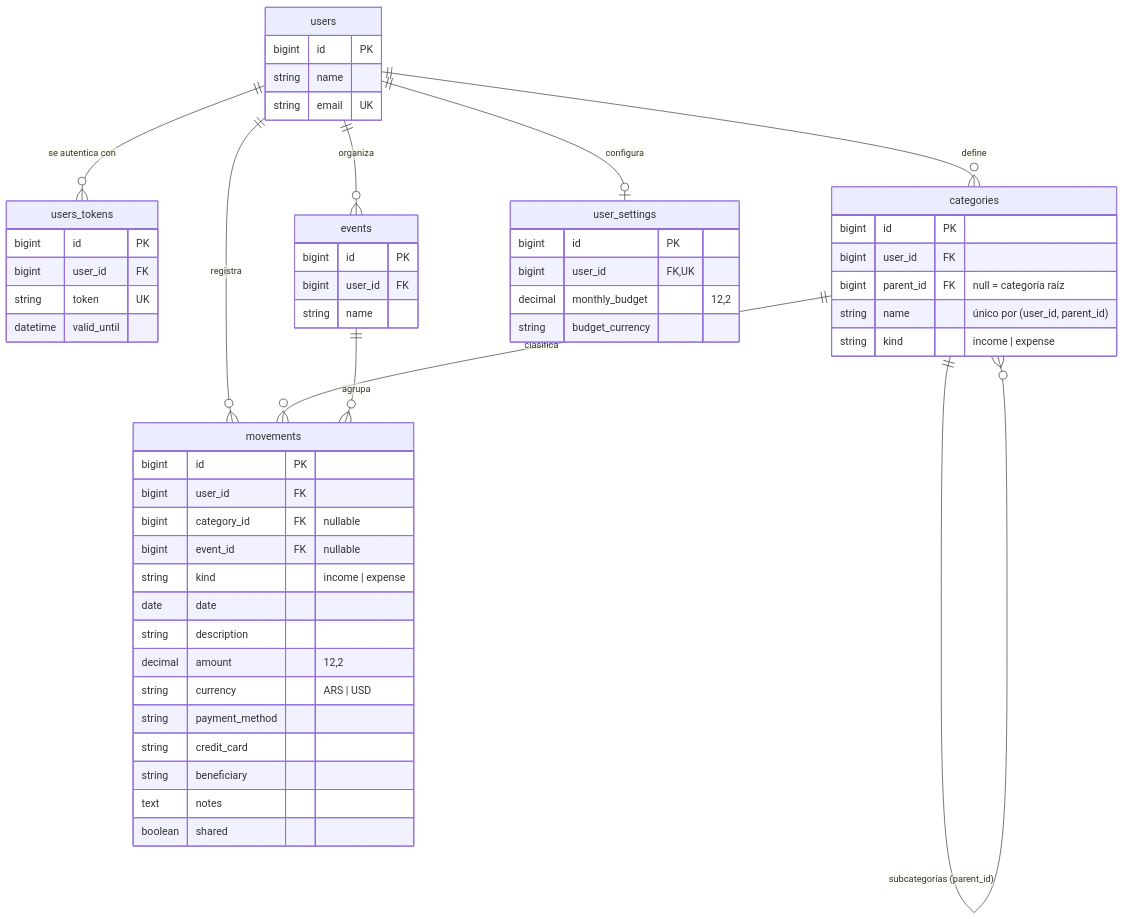
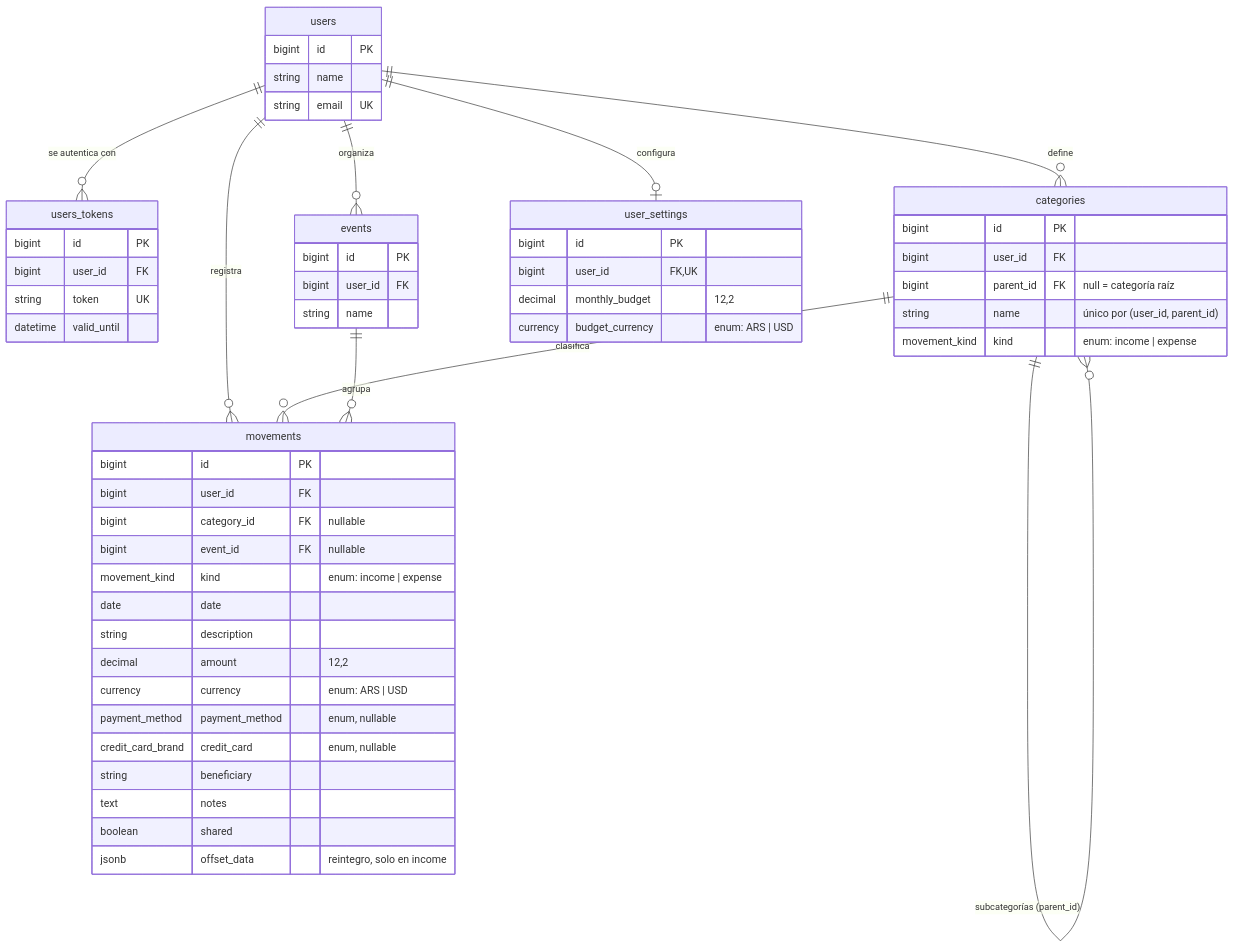
The diagram in README.md (JavierAmalgama/Personal-expenses-app), drawn with Mermaid before and after one commit. The commit also changed other lines of this file and 17 other files, not shown here.

First line of the commit message:
Add Postgres enums, offset_data jsonb and measured movement indexes

````diff
--- a/README.md
+++ b/README.md
@@ -68,57 +76,58 @@
 ```mermaid
 erDiagram
     users ||--o{ users_tokens : "se autentica con"
     users ||--o{ movements : registra
     users ||--o{ categories : define
     users ||--o{ events : organiza
     users ||--o| user_settings : configura
     categories ||--o{ categories : "subcategorías (parent_id)"
     categories ||--o{ movements : clasifica
     events ||--o{ movements : agrupa
 
     users {
         bigint id PK
         string name
         string email UK
     }
     users_tokens {
         bigint id PK
         bigint user_id FK
         string token UK
         datetime valid_until
     }
     categories {
         bigint id PK
         bigint user_id FK
         bigint parent_id FK "null = categoría raíz"
         string name "único por (user_id, parent_id)"
-        string kind "income | expense"
+        movement_kind kind "enum: income | expense"
     }
     events {
         bigint id PK
         bigint user_id FK
         string name
     }
     movements {
         bigint id PK
         bigint user_id FK
         bigint category_id FK "nullable"
         bigint event_id FK "nullable"
-        string kind "income | expense"
+        movement_kind kind "enum: income | expense"
         date date
         string description
         decimal amount "12,2"
-        string currency "ARS | USD"
-        string payment_method
-        string credit_card
+        currency currency "enum: ARS | USD"
+        payment_method payment_method "enum, nullable"
+        credit_card_brand credit_card "enum, nullable"
         string beneficiary
         text notes
         boolean shared
+        jsonb offset_data "reintegro, solo en income"
     }
     user_settings {
         bigint id PK
         bigint user_id FK,UK
         decimal monthly_budget "12,2"
-        string budget_currency
+        currency budget_currency "enum: ARS | USD"
     }
 ```
````
